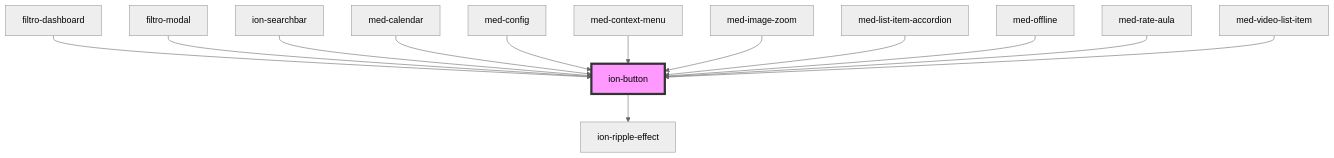
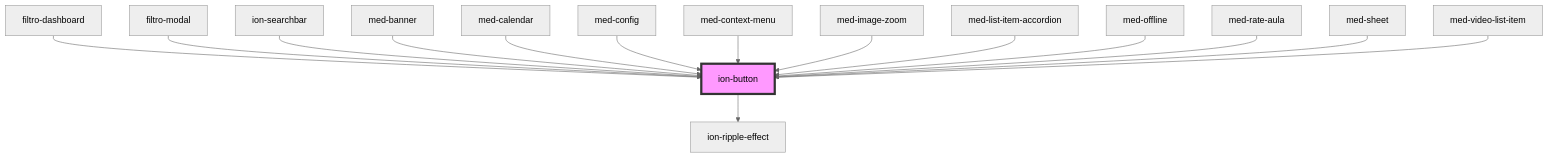
The diagram in core/src/components/button/readme.md (MEDGRUPOGIT/ionic-framework-1), drawn with Mermaid (neutral theme) before and after one commit. The commit also changed other lines of this file and 57 other files, not shown here.

````diff
--- a/core/src/components/button/readme.md
+++ b/core/src/components/button/readme.md
@@ -390,16 +392,18 @@
 ```mermaid
 graph TD;
   ion-button --> ion-ripple-effect
   filtro-dashboard --> ion-button
   filtro-modal --> ion-button
   ion-searchbar --> ion-button
+  med-banner --> ion-button
   med-calendar --> ion-button
   med-config --> ion-button
   med-context-menu --> ion-button
   med-image-zoom --> ion-button
   med-list-item-accordion --> ion-button
   med-offline --> ion-button
   med-rate-aula --> ion-button
+  med-sheet --> ion-button
   med-video-list-item --> ion-button
   style ion-button fill:#f9f,stroke:#333,stroke-width:4px
 ```
````
